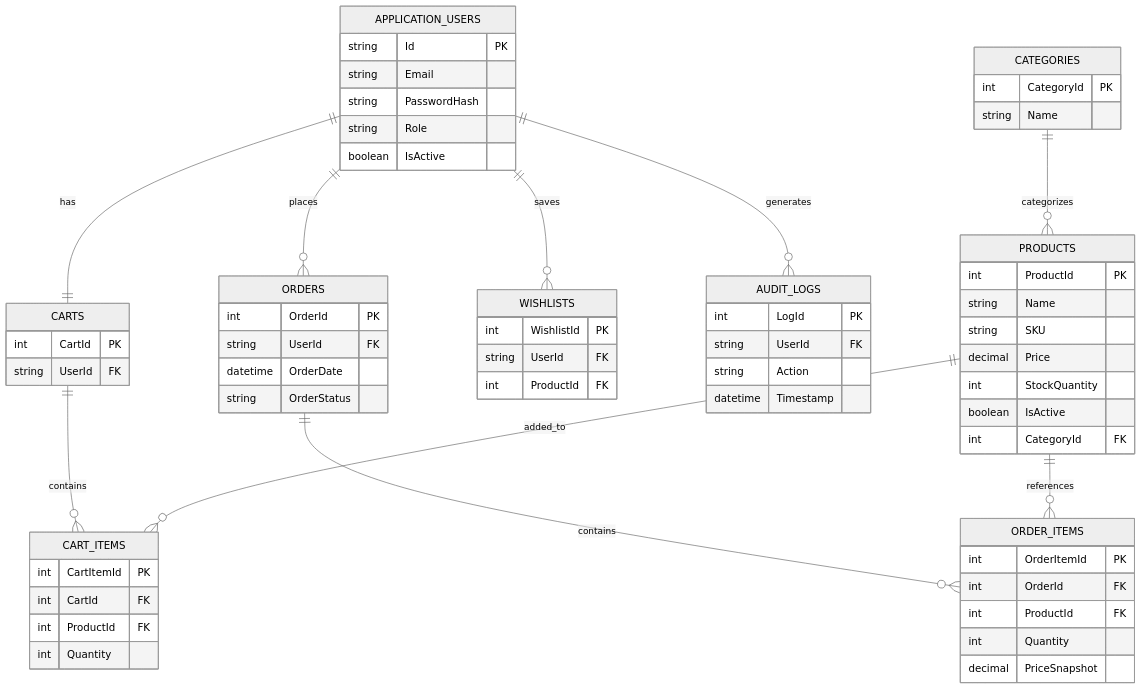
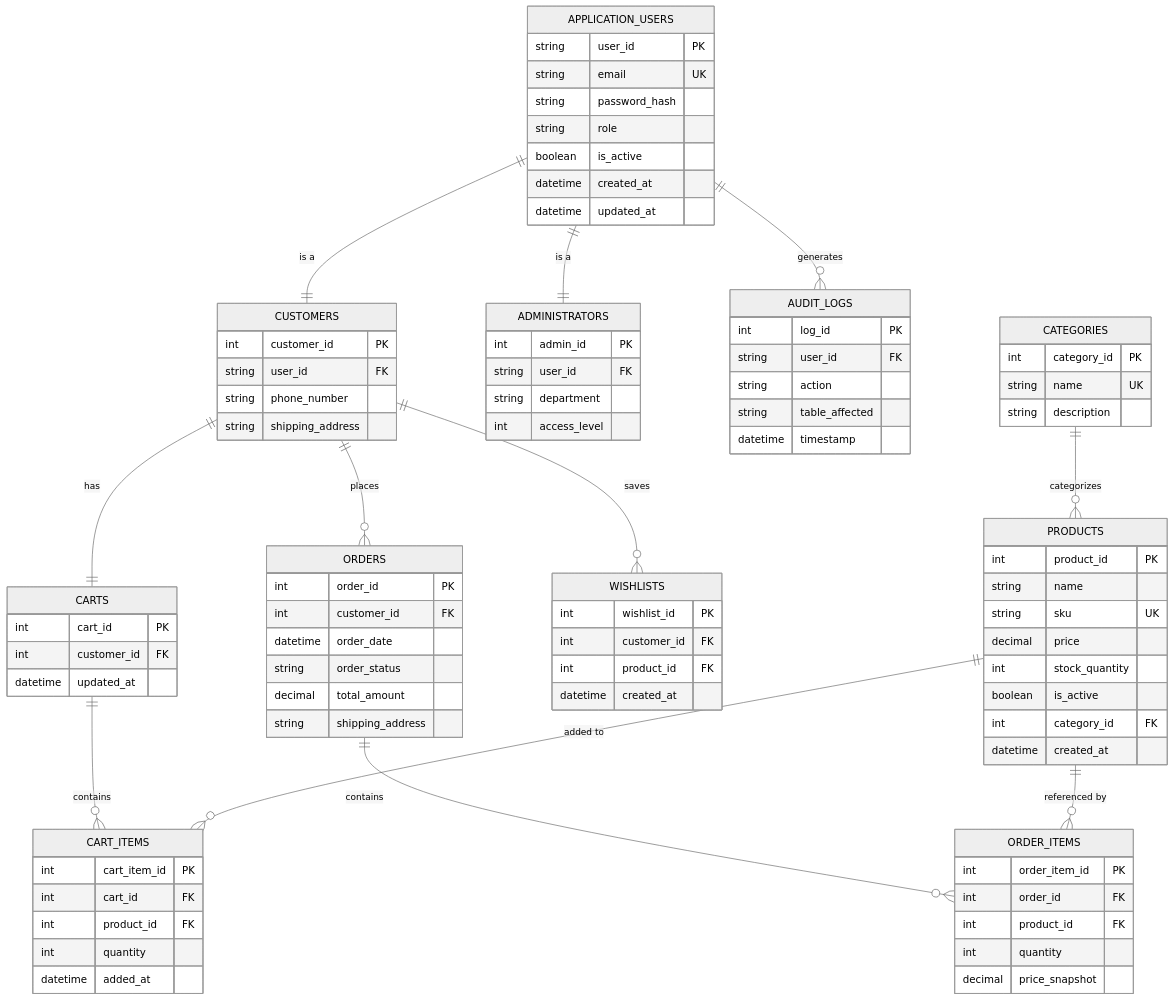
The diagram in Final Project Sample/08-database-design.md (hananabedalkareemabololy/RuqiStore-Documentation), drawn with Mermaid (neutral theme) before and after one commit. The commit also changed other lines of this file, not shown here.

````diff
--- a/Final Project Sample/08-database-design.md
+++ b/Final Project Sample/08-database-design.md
@@ -13,78 +7,105 @@
 ```mermaid
 erDiagram
-    APPLICATION_USERS ||--|| CARTS : "has"
-    APPLICATION_USERS ||--o{ ORDERS : "places"
-    APPLICATION_USERS ||--o{ WISHLISTS : "saves"
+    APPLICATION_USERS ||--|| CUSTOMERS : "is a"
+    APPLICATION_USERS ||--|| ADMINISTRATORS : "is a"
     APPLICATION_USERS ||--o{ AUDIT_LOGS : "generates"
+
+    CUSTOMERS ||--|| CARTS : "has"
+    CUSTOMERS ||--o{ ORDERS : "places"
+    CUSTOMERS ||--o{ WISHLISTS : "saves"
 
     CATEGORIES ||--o{ PRODUCTS : "categorizes"
 
     CARTS ||--o{ CART_ITEMS : "contains"
-    PRODUCTS ||--o{ CART_ITEMS : "added_to"
+    PRODUCTS ||--o{ CART_ITEMS : "added to"
 
     ORDERS ||--o{ ORDER_ITEMS : "contains"
-    PRODUCTS ||--o{ ORDER_ITEMS : "references"
+    PRODUCTS ||--o{ ORDER_ITEMS : "referenced by"
 
     APPLICATION_USERS {
-        string Id PK
-        string Email
-        string PasswordHash
-        string Role
-        boolean IsActive
+        string user_id PK
+        string email UK
+        string password_hash
+        string role
+        boolean is_active
+        datetime created_at
+        datetime updated_at
+    }
+
+    CUSTOMERS {
+        int customer_id PK
+        string user_id FK
+        string phone_number
+        string shipping_address
+    }
+
+    ADMINISTRATORS {
+        int admin_id PK
+        string user_id FK
+        string department
+        int access_level
     }
 
     CATEGORIES {
-        int CategoryId PK
-        string Name
+        int category_id PK
+        string name UK
+        string description
     }
 
     PRODUCTS {
-        int ProductId PK
-        string Name
-        string SKU
-        decimal Price
-        int StockQuantity
-        boolean IsActive
-        int CategoryId FK
+        int product_id PK
+        string name
+        string sku UK
+        decimal price
+        int stock_quantity
+        boolean is_active
+        int category_id FK
+        datetime created_at
     }
 
     CARTS {
-        int CartId PK
-        string UserId FK
+        int cart_id PK
+        int customer_id FK
+        datetime updated_at
     }
 
     CART_ITEMS {
-        int CartItemId PK
-        int CartId FK
-        int ProductId FK
-        int Quantity
+        int cart_item_id PK
+        int cart_id FK
+        int product_id FK
+        int quantity
+        datetime added_at
     }
 
     WISHLISTS {
-        int WishlistId PK
-        string UserId FK
-        int ProductId FK
+        int wishlist_id PK
+        int customer_id FK
+        int product_id FK
+        datetime created_at
     }
 
     ORDERS {
-        int OrderId PK
-        string UserId FK
-        datetime OrderDate
-        string OrderStatus
+        int order_id PK
+        int customer_id FK
+        datetime order_date
+        string order_status
+        decimal total_amount
+        string shipping_address
     }
 
     ORDER_ITEMS {
-        int OrderItemId PK
-        int OrderId FK
-        int ProductId FK
-        int Quantity
-        decimal PriceSnapshot
+        int order_item_id PK
+        int order_id FK
+        int product_id FK
+        int quantity
+        decimal price_snapshot
     }
 
     AUDIT_LOGS {
-        int LogId PK
-        string UserId FK
-        string Action
-        datetime Timestamp
+        int log_id PK
+        string user_id FK
+        string action
+        string table_affected
+        datetime timestamp
     }
 ```
````
